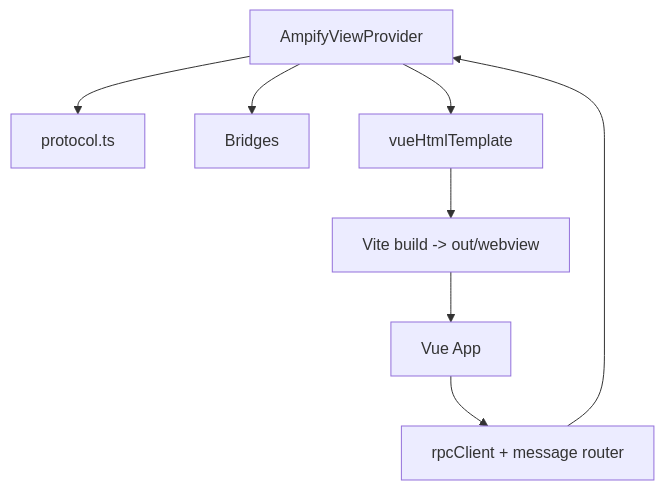
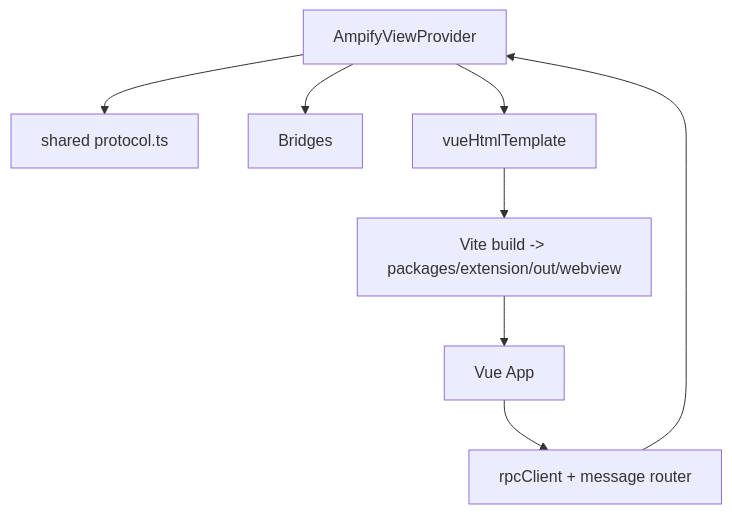
Before and after one commit to NAMEWTA/Ampify: the first of 3 diagrams in .claude/skills/ampify-dev-guide/references/module-mainview.md, drawn with Mermaid. The commit also changed other lines of this file and 156 other files, not shown here.

````diff
--- a/.claude/skills/ampify-dev-guide/references/module-mainview.md
+++ b/.claude/skills/ampify-dev-guide/references/module-mainview.md
@@ -24,18 +23,18 @@
 ```mermaid
 flowchart TB
     VP[AmpifyViewProvider]
-    PRO[protocol.ts]
+    PRO[shared protocol.ts]
     BR[Bridges]
     VUE[Vue App]
     RPC[rpcClient + message router]
     HTML[vueHtmlTemplate]
-    VITE[Vite build -> out/webview]
+    VITE[Vite build -> packages/extension/out/webview]
 
     VP --> PRO
     VP --> BR
     VP --> HTML
     HTML --> VITE
     VITE --> VUE
     VUE --> RPC
     RPC --> VP
 ```
````
